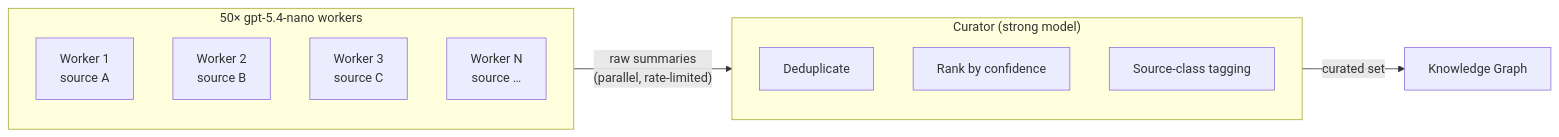
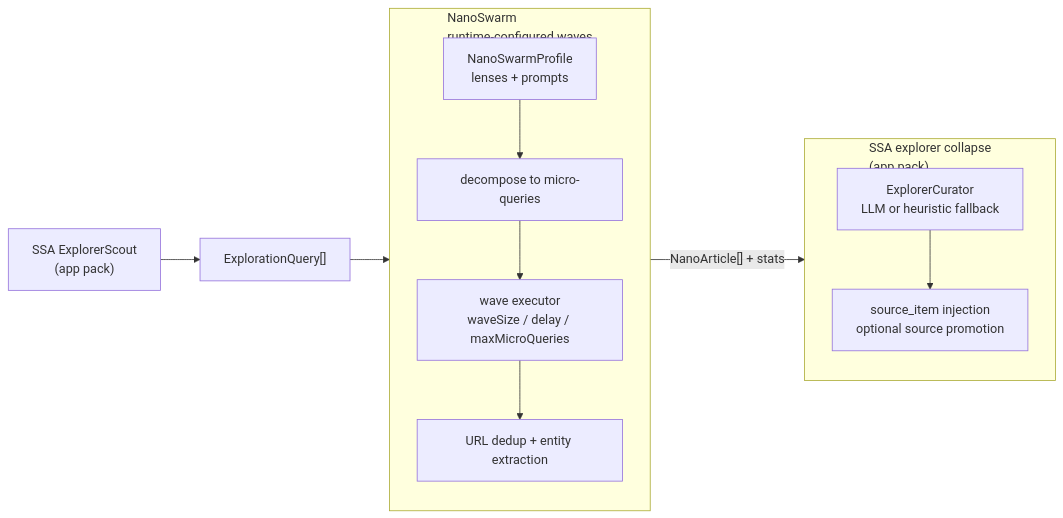
Before and after one commit to jeremienunez/thalamus-usecase-ssa-: the diagram in docs/specs/architecture/figures/04-nano-swarm.mmd, drawn with Mermaid. The commit also changed 68 other files, not shown here.

Commit message:
docs: refresh architecture specs and PDFs

```diff
--- a/docs/specs/architecture/figures/04-nano-swarm.mmd
+++ b/docs/specs/architecture/figures/04-nano-swarm.mmd
@@ -1,18 +1,23 @@
 flowchart LR
-    subgraph SWARM["50× gpt-5.4-nano workers"]
+    Scout["SSA ExplorerScout<br/>(app pack)"] --> Queries["ExplorationQuery[]"]
+
+    subgraph SWARM["NanoSwarm<br/>runtime-configured waves"]
         direction TB
-        W1["Worker 1<br/>source A"]
-        W2["Worker 2<br/>source B"]
-        W3["Worker 3<br/>source C"]
-        Wn["Worker N<br/>source …"]
+        Profile["NanoSwarmProfile<br/>lenses + prompts"]
+        Decompose["decompose to micro-queries"]
+        Waves["wave executor<br/>waveSize / delay / maxMicroQueries"]
+        Merge["URL dedup + entity extraction"]
     end
 
-    subgraph CURATOR["Curator (strong model)"]
+    subgraph APP["SSA explorer collapse<br/>(app pack)"]
         direction TB
-        Dedup["Deduplicate"]
-        Rank["Rank by confidence"]
-        Tag["Source-class tagging"]
+        Curator["ExplorerCurator<br/>LLM or heuristic fallback"]
+        SourceOps["source_item injection<br/>optional source promotion"]
     end
 
-    SWARM -->|"raw summaries<br/>(parallel, rate-limited)"| CURATOR
-    CURATOR -->|"curated set"| KG["Knowledge Graph"]
+    Queries --> Decompose
+    Profile --> Decompose
+    Decompose --> Waves
+    Waves --> Merge
+    Merge -->|"NanoArticle[] + stats"| Curator
+    Curator --> SourceOps
```
